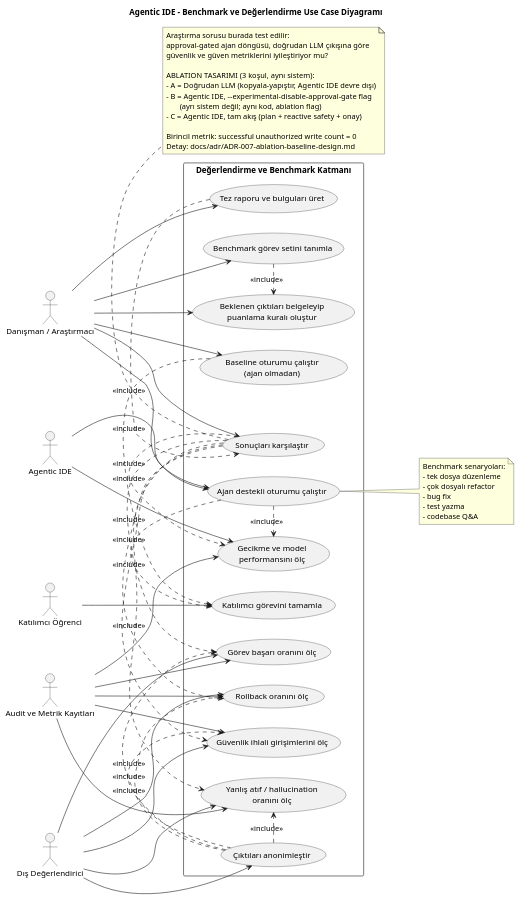
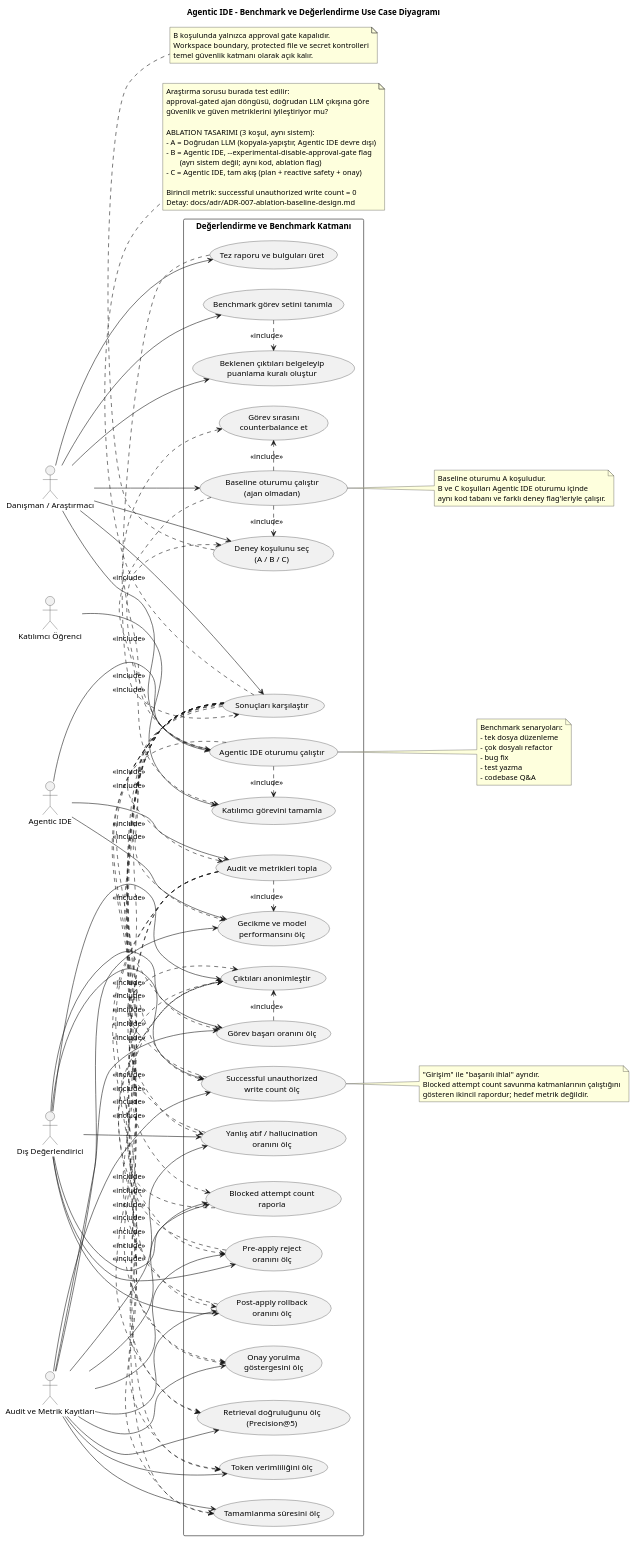
The diagram in diagrams/UC/UC-04-benchmark-ve-degerlendirme.puml (TurkishKEBAB/Agentic-Ide), drawn with PlantUML before and after one commit. The commit also changed 89 other files, not shown here.

```diff
--- a/diagrams/UC/UC-04-benchmark-ve-degerlendirme.puml
+++ b/diagrams/UC/UC-04-benchmark-ve-degerlendirme.puml
@@ -1,89 +1,143 @@
-@startuml
+@startuml UC_04_benchmark_ve_degerlendirme
 title Agentic IDE - Benchmark ve Değerlendirme Use Case Diyagramı
 left to right direction
 skinparam packageStyle rectangle
 skinparam shadowing false
 
 actor "Danışman / Araştırmacı" as Researcher
 actor "Katılımcı Öğrenci" as Participant
 actor "Dış Değerlendirici" as Reviewer
 actor "Agentic IDE" as AgentIDE
 actor "Audit ve Metrik Kayıtları" as MetricsStore
 
 rectangle "Değerlendirme ve Benchmark Katmanı" {
   usecase "Benchmark görev setini tanımla" as UC_DefineTasks
   usecase "Beklenen çıktıları belgeleyip\npuanlama kuralı oluştur" as UC_DefineRubric
+  usecase "Deney koşulunu seç\n(A / B / C)" as UC_SelectCondition
   usecase "Baseline oturumu çalıştır\n(ajan olmadan)" as UC_RunBaseline
-  usecase "Ajan destekli oturumu çalıştır" as UC_RunAgentSession
+  usecase "Agentic IDE oturumu çalıştır" as UC_RunAgentSession
+  usecase "Görev sırasını\ncounterbalance et" as UC_Counterbalance
   usecase "Katılımcı görevini tamamla" as UC_CompleteTask
+  usecase "Audit ve metrikleri topla" as UC_CollectMetrics
   usecase "Çıktıları anonimleştir" as UC_AnonymizeOutputs
   usecase "Görev başarı oranını ölç" as UC_MeasureSuccess
-  usecase "Güvenlik ihlali girişimlerini ölç" as UC_MeasureSafety
-  usecase "Rollback oranını ölç" as UC_MeasureRollback
+  usecase "Successful unauthorized\nwrite count ölç" as UC_MeasureUnauthorizedWrite
+  usecase "Blocked attempt count\nraporla" as UC_MeasureBlockedAttempts
+  usecase "Pre-apply reject\noranını ölç" as UC_MeasureReject
+  usecase "Post-apply rollback\noranını ölç" as UC_MeasureRollback
   usecase "Yanlış atıf / hallucination\noranını ölç" as UC_MeasureAccuracy
   usecase "Gecikme ve model\nperformansını ölç" as UC_MeasureLatency
+  usecase "Retrieval doğruluğunu ölç\n(Precision@5)" as UC_MeasureRetrievalAccuracy
+  usecase "Token verimliliğini ölç" as UC_MeasureTokenEfficiency
+  usecase "Tamamlanma süresini ölç" as UC_MeasureCompletionTime
+  usecase "Onay yorulma\ngöstergesini ölç" as UC_MeasureApprovalFatigue
   usecase "Sonuçları karşılaştır" as UC_CompareResults
   usecase "Tez raporu ve bulguları üret" as UC_GenerateReport
 }
 
 Researcher --> UC_DefineTasks
 Researcher --> UC_DefineRubric
+Researcher --> UC_SelectCondition
 Researcher --> UC_RunBaseline
 Researcher --> UC_RunAgentSession
 Researcher --> UC_CompareResults
 Researcher --> UC_GenerateReport
 Participant --> UC_CompleteTask
 Reviewer --> UC_AnonymizeOutputs
 Reviewer --> UC_MeasureSuccess
-Reviewer --> UC_MeasureSafety
+Reviewer --> UC_MeasureUnauthorizedWrite
+Reviewer --> UC_MeasureBlockedAttempts
+Reviewer --> UC_MeasureReject
 Reviewer --> UC_MeasureRollback
 Reviewer --> UC_MeasureAccuracy
 
 AgentIDE --> UC_RunAgentSession
+AgentIDE --> UC_CollectMetrics
 AgentIDE --> UC_MeasureLatency
 MetricsStore --> UC_MeasureSuccess
-MetricsStore --> UC_MeasureSafety
+MetricsStore --> UC_MeasureUnauthorizedWrite
+MetricsStore --> UC_MeasureBlockedAttempts
+MetricsStore --> UC_MeasureReject
 MetricsStore --> UC_MeasureRollback
 MetricsStore --> UC_MeasureAccuracy
 MetricsStore --> UC_MeasureLatency
+MetricsStore --> UC_MeasureRetrievalAccuracy
+MetricsStore --> UC_MeasureTokenEfficiency
+MetricsStore --> UC_MeasureCompletionTime
+MetricsStore --> UC_MeasureApprovalFatigue
 
 UC_DefineTasks .> UC_DefineRubric : <<include>>
+UC_RunBaseline .> UC_SelectCondition : <<include>>
+UC_RunAgentSession .> UC_SelectCondition : <<include>>
+UC_RunBaseline .> UC_Counterbalance : <<include>>
+UC_RunAgentSession .> UC_Counterbalance : <<include>>
 UC_RunBaseline .> UC_CompleteTask : <<include>>
 UC_RunAgentSession .> UC_CompleteTask : <<include>>
-UC_RunAgentSession .> UC_MeasureLatency : <<include>>
-UC_AnonymizeOutputs .> UC_MeasureSuccess : <<include>>
-UC_AnonymizeOutputs .> UC_MeasureSafety : <<include>>
-UC_AnonymizeOutputs .> UC_MeasureRollback : <<include>>
-UC_AnonymizeOutputs .> UC_MeasureAccuracy : <<include>>
+UC_RunAgentSession .> UC_CollectMetrics : <<include>>
+UC_CollectMetrics .> UC_MeasureLatency : <<include>>
+UC_CollectMetrics .> UC_MeasureRetrievalAccuracy : <<include>>
+UC_CollectMetrics .> UC_MeasureTokenEfficiency : <<include>>
+UC_CollectMetrics .> UC_MeasureCompletionTime : <<include>>
+UC_CollectMetrics .> UC_MeasureApprovalFatigue : <<include>>
+UC_MeasureSuccess .> UC_AnonymizeOutputs : <<include>>
+UC_MeasureUnauthorizedWrite .> UC_AnonymizeOutputs : <<include>>
+UC_MeasureBlockedAttempts .> UC_AnonymizeOutputs : <<include>>
+UC_MeasureReject .> UC_AnonymizeOutputs : <<include>>
+UC_MeasureRollback .> UC_AnonymizeOutputs : <<include>>
+UC_MeasureAccuracy .> UC_AnonymizeOutputs : <<include>>
 UC_CompareResults .> UC_MeasureSuccess : <<include>>
-UC_CompareResults .> UC_MeasureSafety : <<include>>
+UC_CompareResults .> UC_MeasureUnauthorizedWrite : <<include>>
+UC_CompareResults .> UC_MeasureBlockedAttempts : <<include>>
+UC_CompareResults .> UC_MeasureReject : <<include>>
 UC_CompareResults .> UC_MeasureRollback : <<include>>
 UC_CompareResults .> UC_MeasureAccuracy : <<include>>
 UC_CompareResults .> UC_MeasureLatency : <<include>>
+UC_CompareResults .> UC_MeasureRetrievalAccuracy : <<include>>
+UC_CompareResults .> UC_MeasureTokenEfficiency : <<include>>
+UC_CompareResults .> UC_MeasureCompletionTime : <<include>>
+UC_CompareResults .> UC_MeasureApprovalFatigue : <<include>>
 UC_GenerateReport .> UC_CompareResults : <<include>>
 
 note right of UC_RunAgentSession
 Benchmark senaryoları:
 - tek dosya düzenleme
 - çok dosyalı refactor
 - bug fix
 - test yazma
 - codebase Q&A
 end note
 
 note bottom of UC_CompareResults
 Araştırma sorusu burada test edilir:
 approval-gated ajan döngüsü, doğrudan LLM çıkışına göre
 güvenlik ve güven metriklerini iyileştiriyor mu?
 
 ABLATION TASARIMI (3 koşul, aynı sistem):
 - A = Doğrudan LLM (kopyala-yapıştır, Agentic IDE devre dışı)
 - B = Agentic IDE, --experimental-disable-approval-gate flag
        (ayrı sistem değil; aynı kod, ablation flag)
 - C = Agentic IDE, tam akış (plan + reactive safety + onay)
 
 Birincil metrik: successful unauthorized write count = 0
 Detay: docs/adr/ADR-007-ablation-baseline-design.md
 end note
 
+note right of UC_RunBaseline
+Baseline oturumu A koşuludur.
+B ve C koşulları Agentic IDE oturumu içinde
+aynı kod tabanı ve farklı deney flag'leriyle çalışır.
+end note
+
+note right of UC_MeasureUnauthorizedWrite
+"Girişim" ile "başarılı ihlal" ayrıdır.
+Blocked attempt count savunma katmanlarının çalıştığını
+gösteren ikincil rapordur; hedef metrik değildir.
+end note
+
+note bottom of UC_SelectCondition
+B koşulunda yalnızca approval gate kapalıdır.
+Workspace boundary, protected file ve secret kontrolleri
+temel güvenlik katmanı olarak açık kalır.
+end note
+
 @enduml
```
